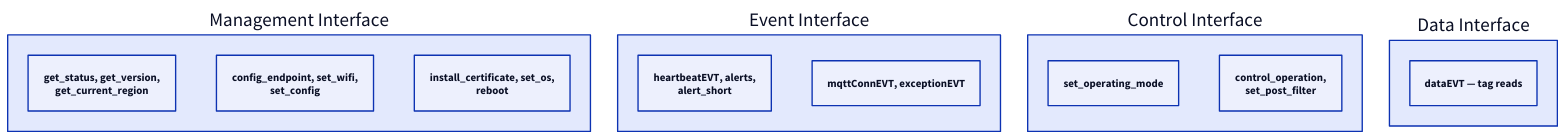
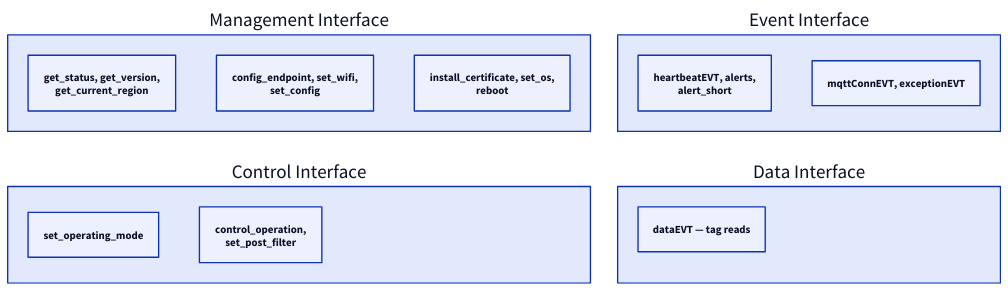
Before and after one commit to admiral-ai/zebra-handheld-rfid-iotc: the diagram in docs/foundations/about-iotc.md, drawn with D2. The commit also changed 1 other file, not shown here.

Commit message:
Audit pass: D13 grid layout + document findings
Audit task per /brain/D2-MIGRATION.md §7 — checked all 54 D2 diagrams
against the §5 checklist (functional, aesthetic, brand, a11y, layout,
performance).

One layout improvement applied:
- D13 (about-iotc, four MQTT interfaces): initially rendered 2481 × 384
  with all four group containers side-by-side. Added `grid-rows: 2` +
  `grid-columns: 2` → now 1662 × 607, much better aspect on a docs
  page.

Everything else passes:
- All 54 SVGs in the 20-34 KB range
- LR direction preserved on every flowchart-LR conversion
- TD decision trees render tall, not wide
- Sequence diagrams (D19/D25/D26/D28) render with proper lifelines
- Brand navy-fill diagrams (D17/D29) keep the Zebra brand colours
- Semantic-colour timelines (D40, D45) work in both themes

````diff
--- a/docs/foundations/about-iotc.md
+++ b/docs/foundations/about-iotc.md
@@ -40,18 +40,21 @@
 ```d2
+grid-rows: 2
+grid-columns: 2
+
 M: Management Interface {
   M1: "get_status, get_version,\nget_current_region"
   M2: "config_endpoint, set_wifi,\nset_config"
   M3: "install_certificate, set_os,\nreboot"
 }
 E: Event Interface {
   E1: "heartbeatEVT, alerts,\nalert_short"
   E2: "mqttConnEVT, exceptionEVT"
 }
 C: Control Interface {
   C1: set_operating_mode
   C2: "control_operation,\nset_post_filter"
 }
 D: Data Interface {
   D1: dataEVT — tag reads
 }
 ```
````
